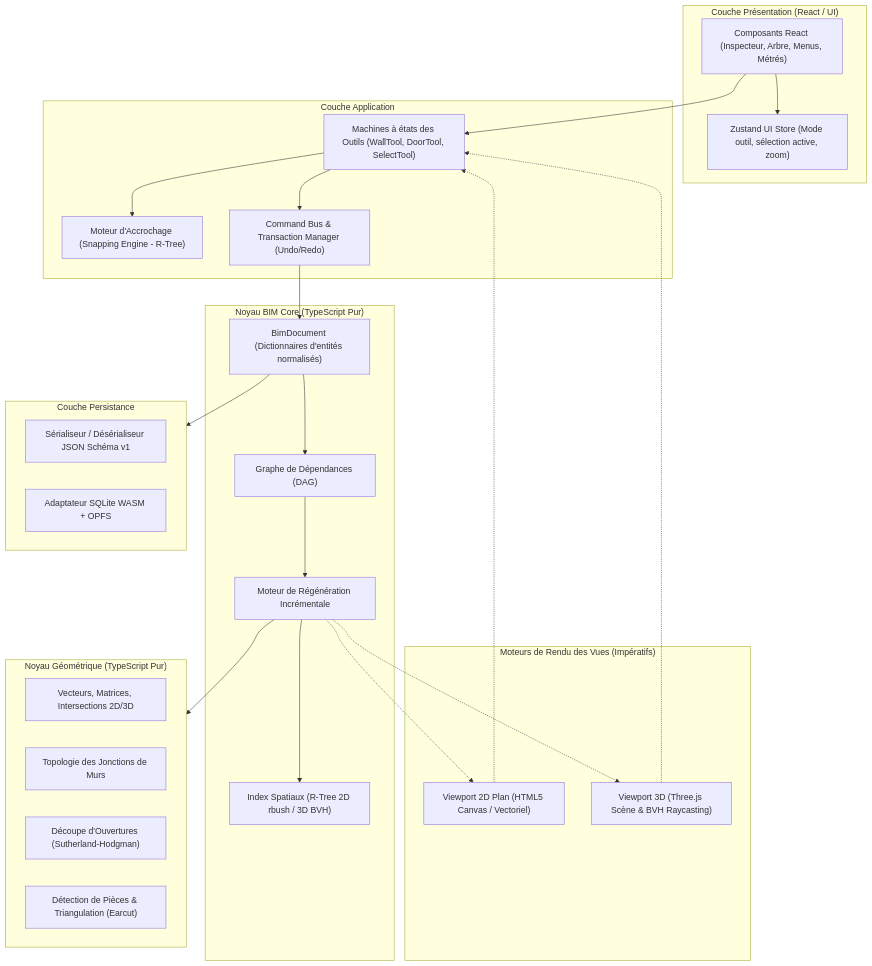
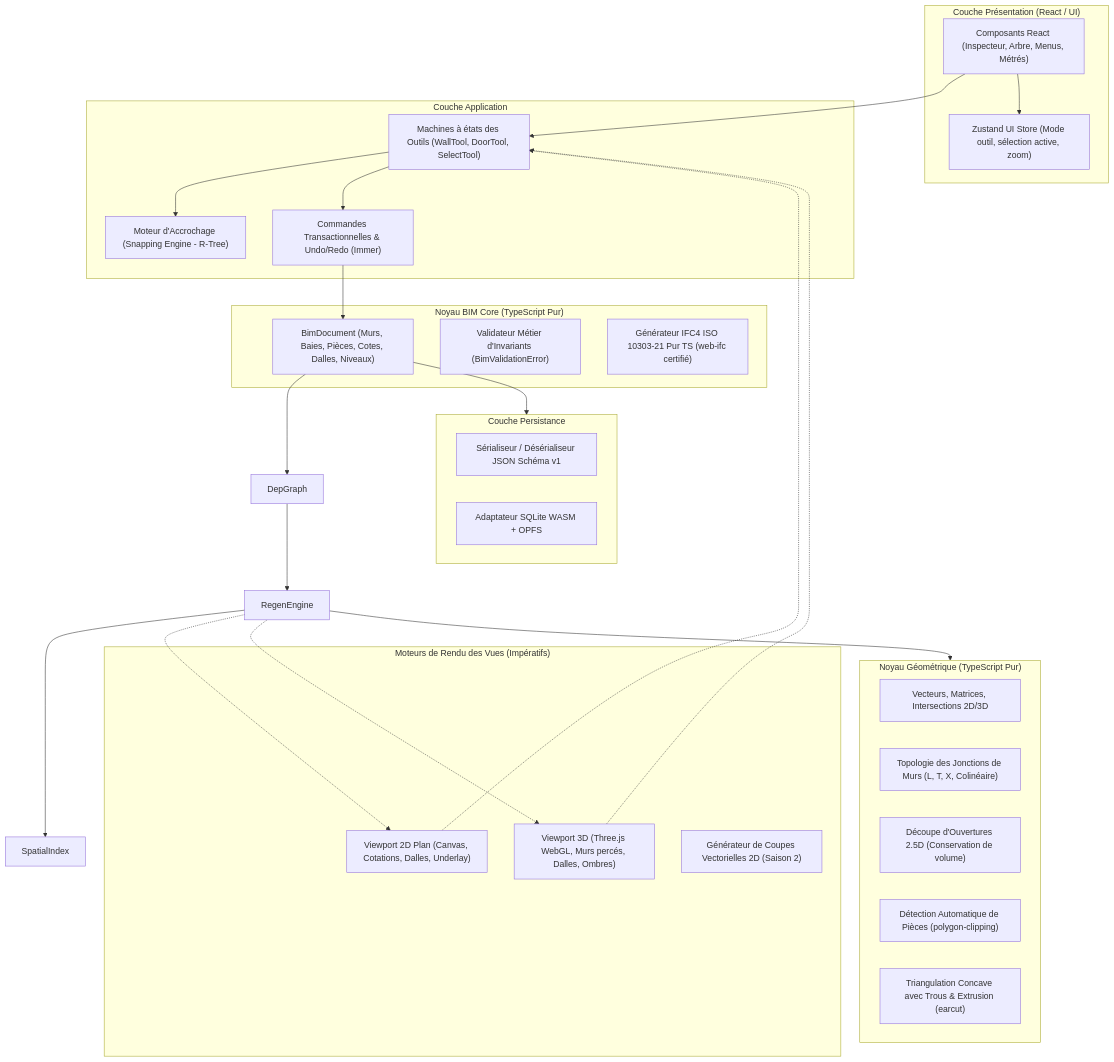
One commit to mouridoullah/mini-Revit changed the first of 2 diagrams in ARCHITECTURE.md. Above: the diagram before and after it, drawn with Mermaid. The commit also changed 4 other files, not shown here.

Commit message:
docs: formalize Season 2 roadmap, ADR-035 to ADR-037, and technical specs for Slabs & Multi-Level

````diff
--- a/ARCHITECTURE.md
+++ b/ARCHITECTURE.md
@@ -30,52 +30,54 @@
 ```mermaid
 flowchart TD
     subgraph UI ["Couche Présentation (React / UI)"]
         ReactUI["Composants React (Inspecteur, Arbre, Menus, Métrés)"]
         UIStore["Zustand UI Store (Mode outil, sélection active, zoom)"]
     end
 
     subgraph AppLayer ["Couche Application"]
         Tools["Machines à états des Outils (WallTool, DoorTool, SelectTool)"]
         Snapping["Moteur d'Accrochage (Snapping Engine - R-Tree)"]
         CommandBus["Command Bus & Transaction Manager (Undo/Redo)"]
     end
 
     subgraph Viewports ["Moteurs de Rendu des Vues (Impératifs)"]
-        View2D["Viewport 2D Plan (HTML5 Canvas / Vectoriel)"]
-        View3D["Viewport 3D (Three.js Scène & BVH Raycasting)"]
+        View2D["Viewport 2D Plan (Canvas, Cotations, Dalles, Underlay)"]
+        View3D["Viewport 3D (Three.js WebGL, Murs percés, Dalles, Ombres)"]
+        Section2D["Générateur de Coupes Vectorielles 2D (Saison 2)"]
     end
 
     subgraph CoreDomain ["Noyau BIM Core (TypeScript Pur)"]
-        Document["BimDocument (Dictionnaires d'entités normalisés)"]
-        DepGraph["Graphe de Dépendances (DAG)"]
-        RegenEngine["Moteur de Régénération Incrémentale"]
-        SpatialIndex["Index Spatiaux (R-Tree 2D rbush / 3D BVH)"]
+        Document["BimDocument (Murs, Baies, Pièces, Cotes, Dalles, Niveaux)"]
+        CommandBus["Commandes Transactionnelles & Undo/Redo (Immer)"]
+        RulesEngine["Validateur Métier d'Invariants (BimValidationError)"]
+        IFCExporter["Générateur IFC4 ISO 10303-21 Pur TS (web-ifc certifié)"]
     end
 
     subgraph GeometryKernel ["Noyau Géométrique (TypeScript Pur)"]
         MathUtils["Vecteurs, Matrices, Intersections 2D/3D"]
-        WallJunctions["Topologie des Jonctions de Murs"]
-        SlicingEngine["Découpe d'Ouvertures (Sutherland-Hodgman)"]
-        RoomDetection["Détection de Pièces & Triangulation (Earcut)"]
+        WallJunctions["Topologie des Jonctions de Murs (L, T, X, Colinéaire)"]
+        SlicingEngine["Découpe d'Ouvertures 2.5D (Conservation de volume)"]
+        RoomDetection["Détection Automatique de Pièces (polygon-clipping)"]
+        Triangulation["Triangulation Concave avec Trous & Extrusion (earcut)"]
     end
 
     subgraph Persistence ["Couche Persistance"]
         Serializer["Sérialiseur / Désérialiseur JSON Schéma v1"]
         SQLiteAdapter["Adaptateur SQLite WASM + OPFS"]
     end
 
     ReactUI --> Tools
     ReactUI --> UIStore
     Tools --> Snapping
     Tools --> CommandBus
     CommandBus --> Document
     Document --> DepGraph
     DepGraph --> RegenEngine
     RegenEngine --> GeometryKernel
     RegenEngine --> SpatialIndex
     Document --> Persistence
     RegenEngine -.-> View2D
     RegenEngine -.-> View3D
     View2D -.-> Tools
     View3D -.-> Tools
 ```
````
